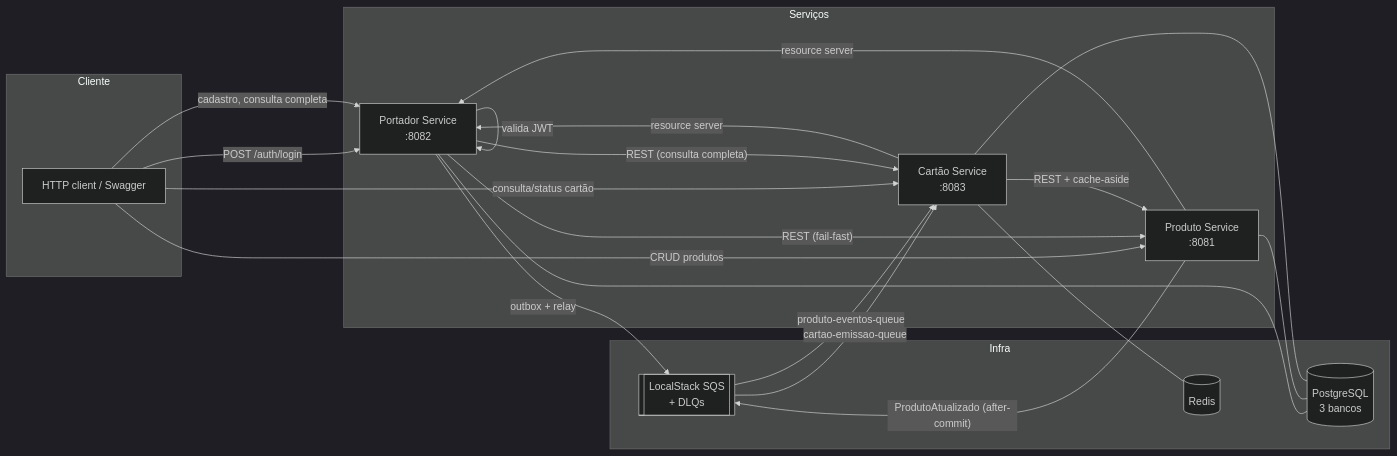
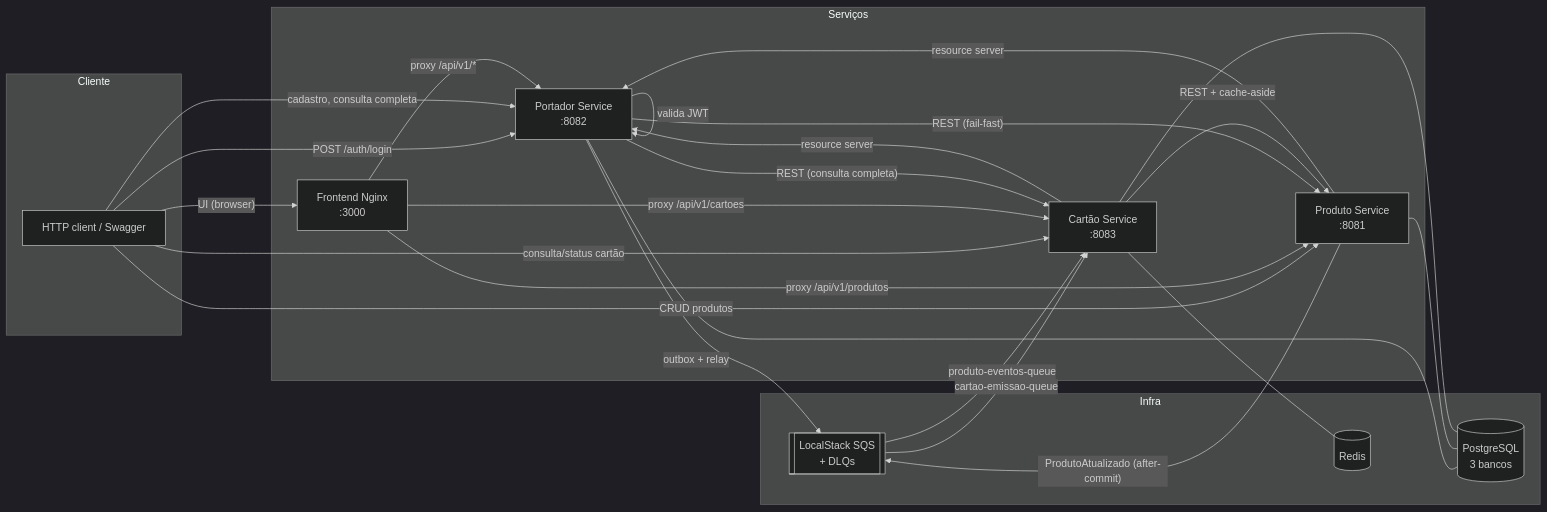
The diagram in README.md (vrperdomo/rpe-card-processing), drawn with Mermaid (dark theme) before and after one commit. The commit also changed other lines of this file and 22 other files, not shown here.

First line of the commit message:
feat(frontend): adicionar esqueleto React com Nginx como proxy reverso

````diff
--- a/README.md
+++ b/README.md
@@ -44,41 +45,47 @@
 ```mermaid
 flowchart LR
     subgraph Cliente
         C[HTTP client / Swagger]
     end
 
     subgraph Serviços
         PO[Portador Service<br/>:8082]
         PR[Produto Service<br/>:8081]
         CA[Cartão Service<br/>:8083]
+        FE[Frontend Nginx<br/>:3000]
     end
 
     subgraph Infra
         PG[(PostgreSQL<br/>3 bancos)]
         RD[(Redis)]
         SQS[[LocalStack SQS<br/>+ DLQs]]
     end
 
     C -->|"POST /auth/login"| PO
     C -->|"CRUD produtos"| PR
     C -->|"cadastro, consulta completa"| PO
     C -->|"consulta/status cartão"| CA
+
+    C -->|"UI (browser)"| FE
+    FE -->|"proxy /api/v1/*"| PO
+    FE -->|"proxy /api/v1/produtos"| PR
+    FE -->|"proxy /api/v1/cartoes"| CA
 
     PO -->|"valida JWT"| PO
     PR -->|"resource server"| PO
     CA -->|"resource server"| PO
 
     PO -->|"outbox + relay"| SQS
     SQS -->|"cartao-emissao-queue"| CA
     PR -->|"ProdutoAtualizado (after-commit)"| SQS
     SQS -->|"produto-eventos-queue"| CA
 
     PO -->|"REST (fail-fast)"| PR
     CA -->|"REST + cache-aside"| PR
     PO -->|"REST (consulta completa)"| CA
 
     PO --- PG
     PR --- PG
     CA --- PG
     CA --- RD
 ```
````
